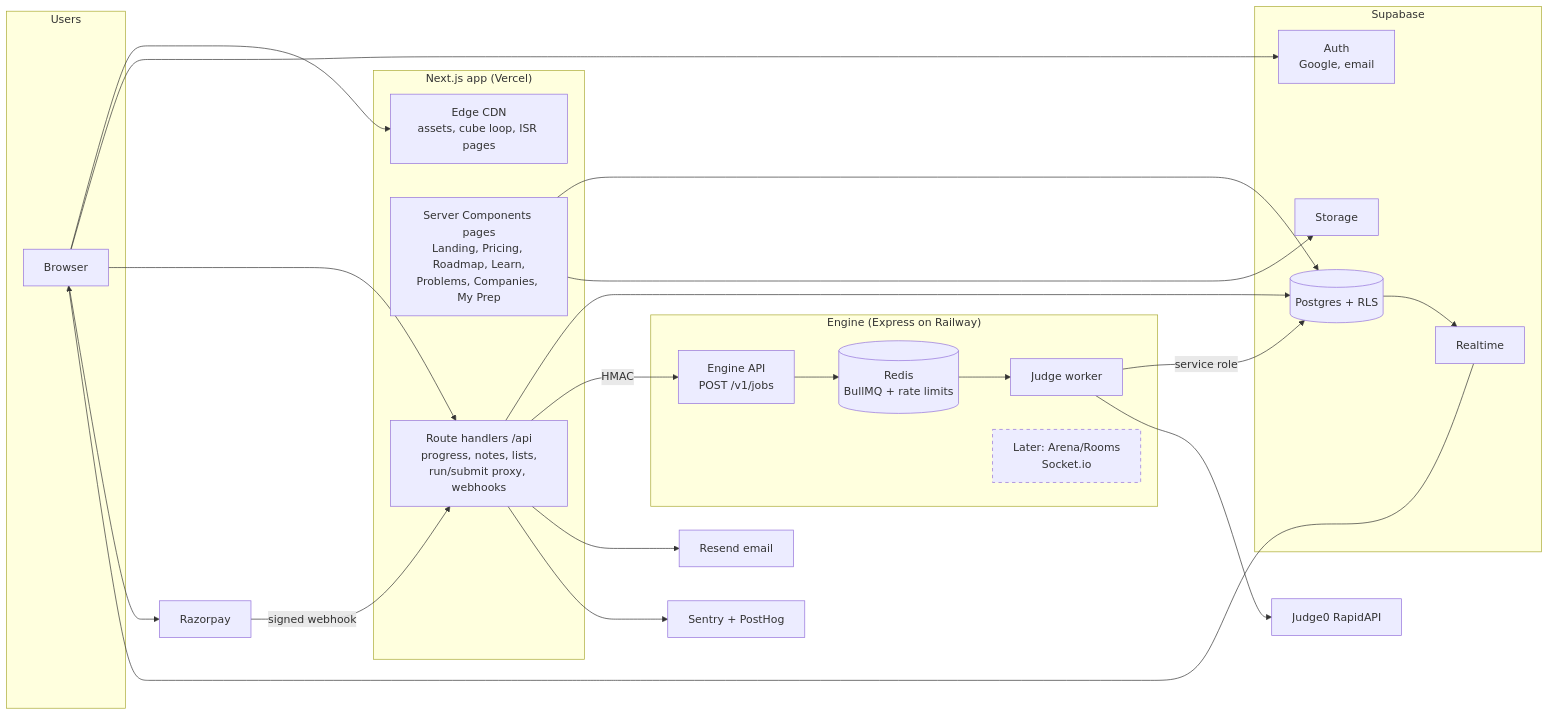
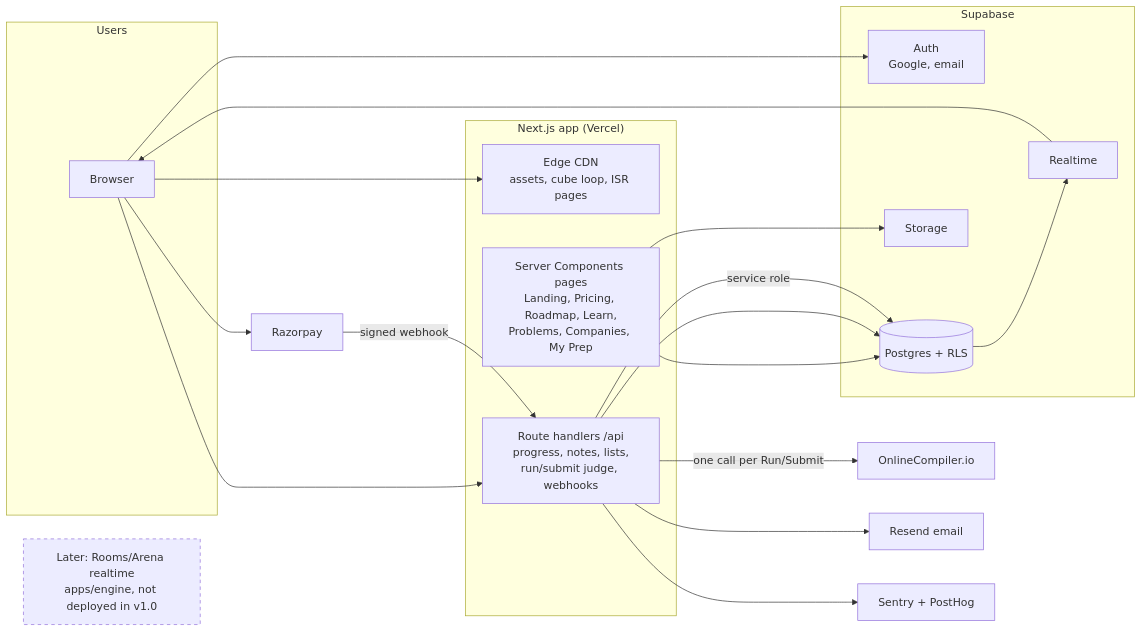
The first of 3 diagrams in docs/SYSTEM_ARCHITECTURE.md (Symmetry7/AlgoGym), drawn with Mermaid before and after one commit. The commit also changed other lines of this file and 22 other files, not shown here.

First line of the commit message:
feat: M11 Run/Submit through OnlineCompiler.io from /api/judge

````diff
--- a/docs/SYSTEM_ARCHITECTURE.md
+++ b/docs/SYSTEM_ARCHITECTURE.md
@@ -27,44 +26,37 @@
 ```mermaid
 flowchart LR
   subgraph Users
     B[Browser]
   end
   subgraph Vercel["Next.js app (Vercel)"]
     CDN[Edge CDN<br/>assets, cube loop, ISR pages]
     P[Server Components pages<br/>Landing, Pricing, Roadmap, Learn,<br/>Problems, Companies, My Prep]
-    API[Route handlers /api<br/>progress, notes, lists,<br/>run/submit proxy, webhooks]
+    API[Route handlers /api<br/>progress, notes, lists,<br/>run/submit judge, webhooks]
   end
   subgraph Supabase
     AUTH[Auth<br/>Google, email]
     PG[(Postgres + RLS)]
     RT[Realtime]
     ST[Storage]
   end
-  subgraph Railway["Engine (Express on Railway)"]
-    EAPI[Engine API<br/>POST /v1/jobs]
-    R[(Redis<br/>BullMQ + rate limits)]
-    W[Judge worker]
-    LATER[Later: Arena/Rooms<br/>Socket.io]:::later
-  end
-  J0[Judge0 RapidAPI]
+  LATER[Later: Rooms/Arena realtime<br/>apps/engine, not deployed in v1.0]:::later
+  J0[OnlineCompiler.io]
   RZ[Razorpay]
   RS[Resend email]
   MON[Sentry + PostHog]
 
   B --> CDN
   B --> AUTH
   B --> API
   P --> PG
   P --> ST
   API --> PG
-  API -- HMAC --> EAPI
-  EAPI --> R --> W
-  W -- service role --> PG
-  W --> J0
+  API -- service role --> PG
+  API -- one call per Run/Submit --> J0
   PG --> RT --> B
   B --> RZ
   RZ -- signed webhook --> API
   API --> RS
   API --> MON
   classDef later stroke-dasharray: 5 5
 ```
````
